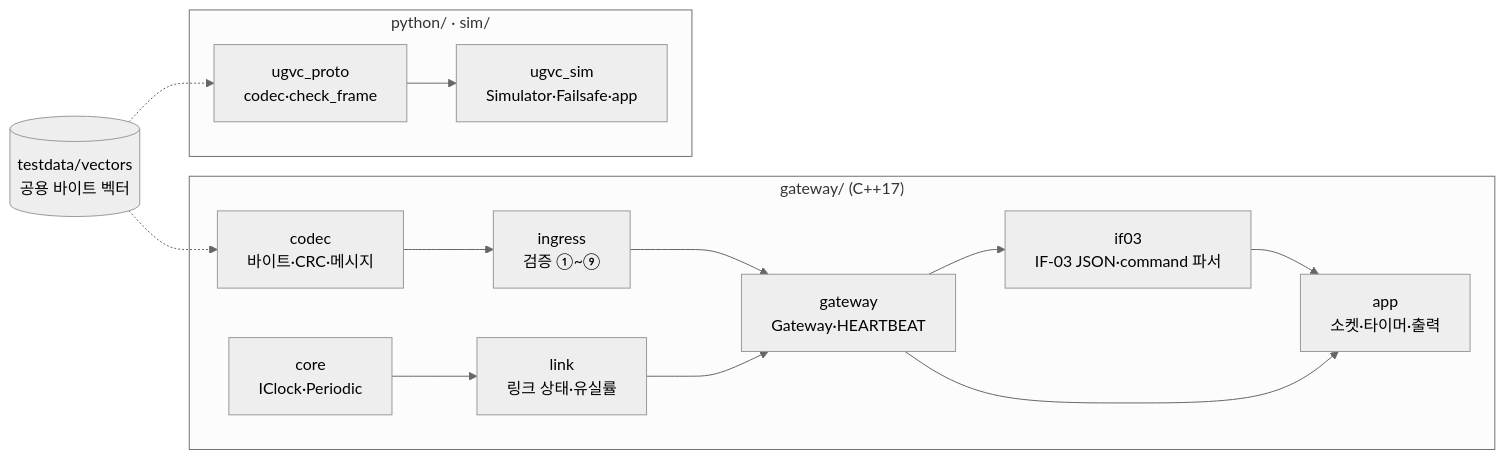
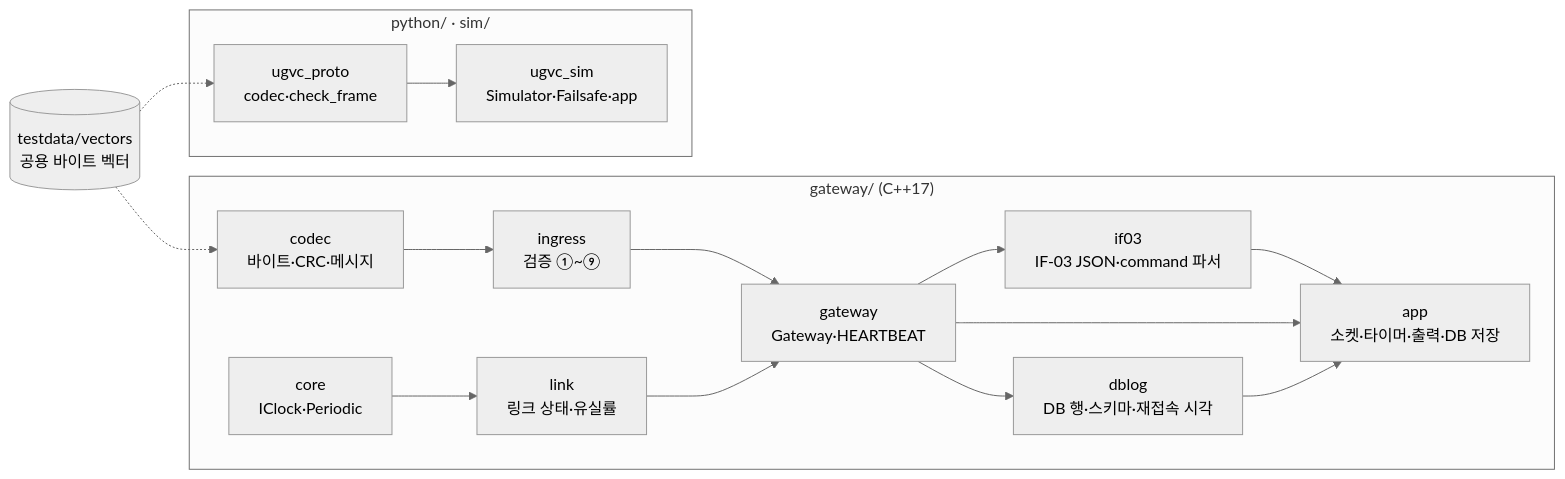
The first of 9 diagrams in docs/03_SDD.md (PuniPaw/ugv-control-hmi), drawn with Mermaid (neutral theme) before and after one commit. The commit also changed other lines of this file and 5 other files, not shown here.

````diff
--- a/docs/03_SDD.md
+++ b/docs/03_SDD.md
@@ -48,17 +49,19 @@
 ```mermaid
 flowchart LR
     subgraph GW["gateway/ (C++17)"]
         codec["codec<br/>바이트·CRC·메시지"] --> ingress["ingress<br/>검증 ①~⑨"]
         core["core<br/>IClock·Periodic"] --> link["link<br/>링크 상태·유실률"]
         ingress --> gw["gateway<br/>Gateway·HEARTBEAT"]
         link --> gw
         gw --> if03["if03<br/>IF-03 JSON·command 파서"]
-        if03 --> app["app<br/>소켓·타이머·출력"]
+        if03 --> app["app<br/>소켓·타이머·출력·DB 저장"]
         gw --> app
+        gw --> dblog["dblog<br/>DB 행·스키마·재접속 시각"]
+        dblog --> app
     end
     subgraph PY["python/ · sim/"]
         proto["ugvc_proto<br/>codec·check_frame"] --> sim["ugvc_sim<br/>Simulator·Failsafe·app"]
     end
     vectors[("testdata/vectors<br/>공용 바이트 벡터")] -.-> codec
     vectors -.-> proto
 ```
````
